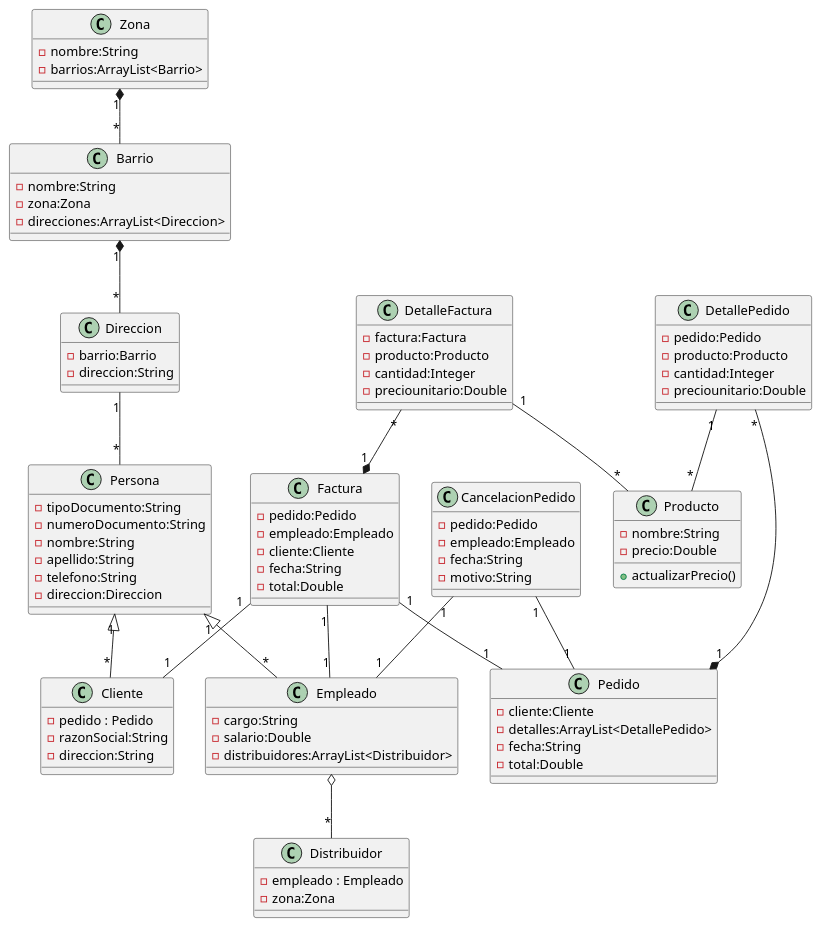
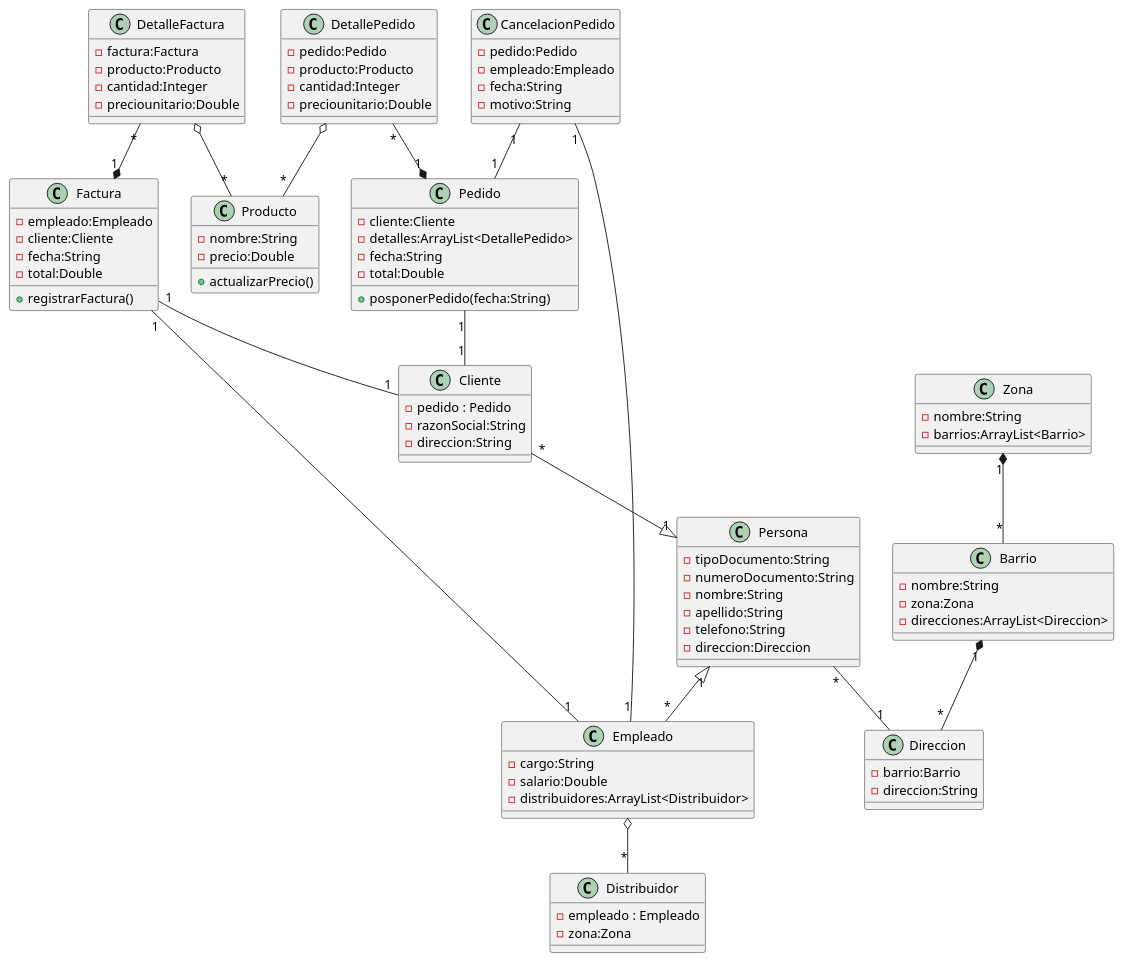
Before and after one commit to JesusOliveto/DOO: the diagram in CLASESDOO.puml, drawn with PlantUML. The commit also changed other lines of this file and 1 other file, not shown here.

```diff
--- a/CLASESDOO.puml
+++ b/CLASESDOO.puml
@@ -3,128 +1,132 @@
 @startuml Clases
 
 class Cliente{
     -pedido : Pedido
     -razonSocial:String
 	-direccion:String
 
 
 }
 
 class Persona{
 	-tipoDocumento:String
 	-numeroDocumento:String
 	-nombre:String
 	-apellido:String
 	-telefono:String
 	-direccion:Direccion
 
 }
+
 
 
 
 class Empleado{
     -cargo:String
     -salario:Double
 	-distribuidores:ArrayList<Distribuidor>
 
 }
 
 class Distribuidor{
 	-empleado : Empleado
 	-zona:Zona
 }
 
 
 class Direccion{
     -barrio:Barrio
     -direccion:String
 
 }
 
 class Barrio{
 	-nombre:String
 	-zona:Zona
 	-direcciones:ArrayList<Direccion>
 
 }
 
 class Zona{
 	-nombre:String
 	-barrios:ArrayList<Barrio>
 
 }
 
 
 class Pedido{
 	-cliente:Cliente
 	-detalles:ArrayList<DetallePedido>
 	-fecha:String
 	-total:Double
+	+posponerPedido(fecha:String)
 
 }
 
 class DetallePedido{
 	-pedido:Pedido
 	-producto:Producto
 	-cantidad:Integer
 	-preciounitario:Double
 
 }
 
 class Producto{
 	-nombre:String
 	-precio:Double
 	+actualizarPrecio()
 
 }
 
 class Factura{
-	-pedido:Pedido
+	'-pedido:Pedido
 	-empleado:Empleado
 	-cliente:Cliente
 	-fecha:String
 	-total:Double
+	+registrarFactura()
 
 
 }
 
 class DetalleFactura{
 	-factura:Factura
 	-producto:Producto
 	-cantidad:Integer
 	-preciounitario:Double
 
 }
 
 class CancelacionPedido{
 	-pedido:Pedido
 	-empleado:Empleado
 	-fecha:String
 	-motivo:String
 
 }
 
 
 
 Persona "1"<|--"*" Empleado
 Empleado o--"*" Distribuidor
-Persona "1"<|--"*" Cliente
+Persona "1"<|-up-"*" Cliente
 Barrio "1"*--"*" Direccion
 Zona "1"*--"*" Barrio
-Direccion "1"--"*" Persona
+Direccion "1"-up-"*" Persona
+Pedido "1"--"1" Cliente
 
-DetallePedido "1"--"*" Producto
-Factura "1"--"1" Pedido
+DetallePedido o--"*" Producto
+'Factura "1"--"1" Pedido
 Factura "1"--"1" Empleado
 Factura "1"--"1" Cliente
 DetalleFactura "*"--*"1" Factura
 DetallePedido "*"--*"1" Pedido
-DetalleFactura "1"--"*" Producto
+DetalleFactura o--"*" Producto
 CancelacionPedido "1"--"1" Pedido
 CancelacionPedido "1"--"1" Empleado
 
 
 
 
 
 @enduml
```
